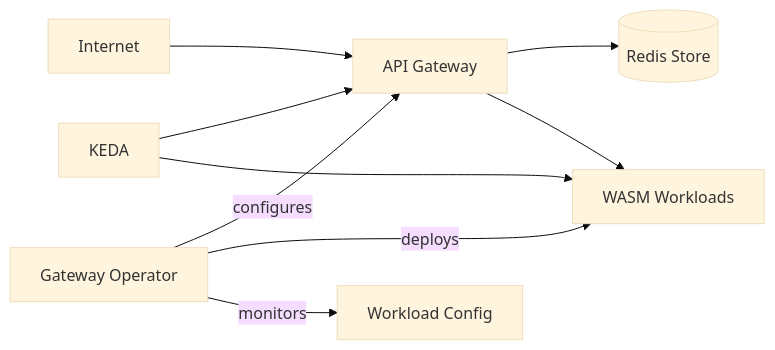
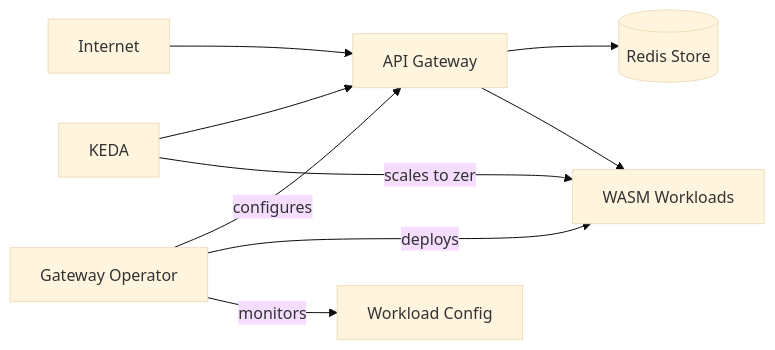
The diagram in README.md (benjamin-wright/wasm-stream), drawn with Mermaid (base theme) before and after one commit.

````diff
--- a/README.md
+++ b/README.md
@@ -6,19 +6,19 @@
 ```mermaid
 graph LR;
   internet["Internet"]
   api["API Gateway"]
   operator["Gateway Operator"]
   redis[(Redis Store)]
   worker["WASM Workloads"]
   keda["KEDA"]
   config["Workload Config"]
 
   internet-->api
   api-->redis
   api-->worker
   keda-->api
-  keda-->worker
+  keda--scales to zero-->worker
   operator--configures-->api
   operator--deploys-->worker
   operator--monitors-->config
 ```
````
